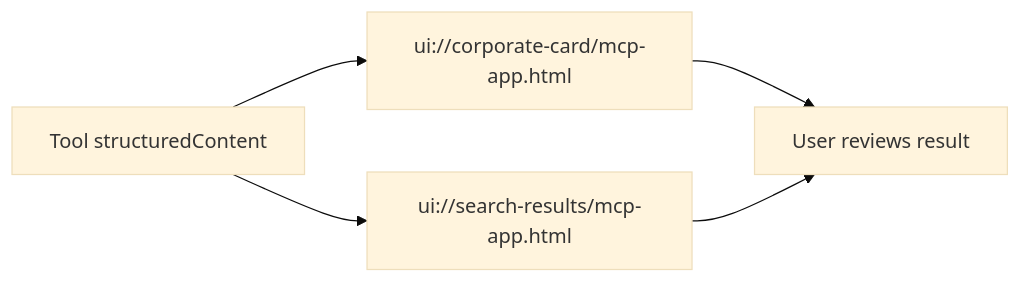
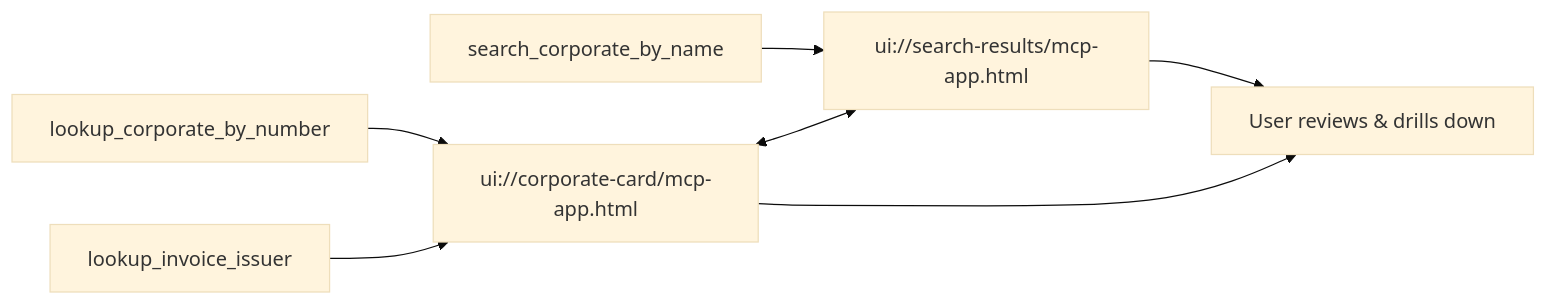
The diagram in docs/ui-resources.md (SUGUKURU-CO-LTD/mcp-houjin-bangou), drawn with Mermaid (base theme) before and after one commit. The commit also changed other lines of this file and 17 other files, not shown here.

````diff
--- a/docs/ui-resources.md
+++ b/docs/ui-resources.md
@@ -9,12 +9,16 @@
 ```mermaid
 flowchart LR
-  ToolResult["Tool structuredContent"]
+  LookupCorp["lookup_corporate_by_number"]
+  LookupInv["lookup_invoice_issuer"]
+  SearchCorp["search_corporate_by_name"]
   CorporateCard["ui://corporate-card/mcp-app.html"]
   SearchResults["ui://search-results/mcp-app.html"]
-  User["User reviews result"]
+  User["User reviews & drills down"]
 
-  ToolResult --> CorporateCard
-  ToolResult --> SearchResults
+  LookupCorp --> CorporateCard
+  LookupInv --> CorporateCard
+  SearchCorp --> SearchResults
+  CorporateCard <--> SearchResults
   CorporateCard --> User
   SearchResults --> User
 ```
````
